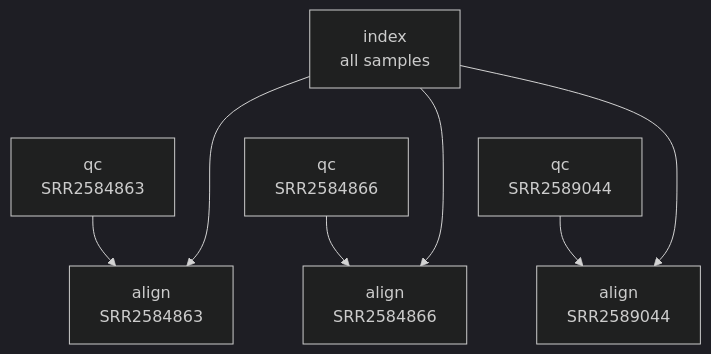
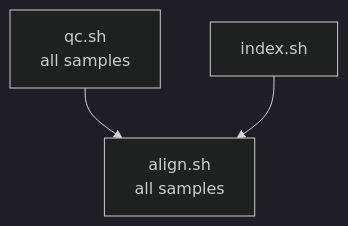
One commit to nesi/support-docs changed the diagram in docs/Tutorials/Job_Scripting/Job_Dependencies.md. Above: the diagram before and after it, drawn with Mermaid (dark theme). The commit also changed other lines of this file and 13 other files, not shown here.

````diff
--- a/docs/Tutorials/Job_Scripting/Job_Dependencies.md
+++ b/docs/Tutorials/Job_Scripting/Job_Dependencies.md
@@ -150,10 +150,5 @@
 ```mermaid
 flowchart TB
-    index["index<br>all samples"]
-    %% Invisible links, so index sits on a row above the qc jobs.
-    index ~~~ qc1 & qc2 & qc3
-    qc1["qc<br>SRR2584863"] --> align1["align<br>SRR2584863"]
-    qc2["qc<br>SRR2584866"] --> align2["align<br>SRR2584866"]
-    qc3["qc<br>SRR2589044"] --> align3["align<br>SRR2589044"]
-    index --> align1 & align2 & align3
+    qc["qc.sh<br>all samples"] --> align["align.sh<br>all samples"]
+    index["index.sh"] --> align
 ```
````
